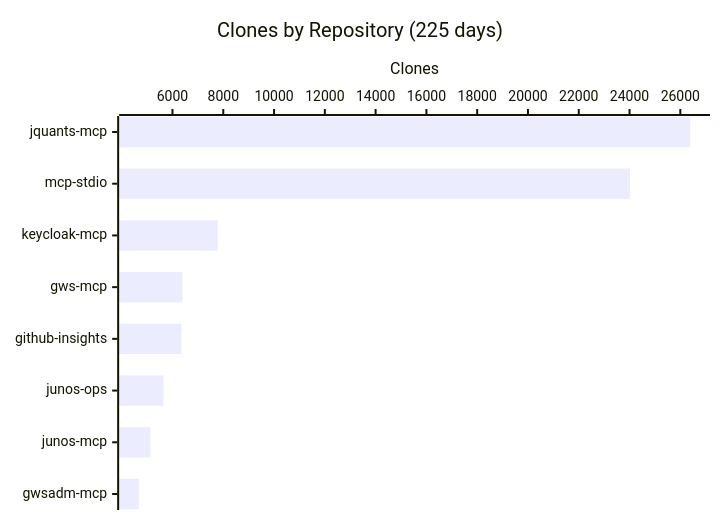
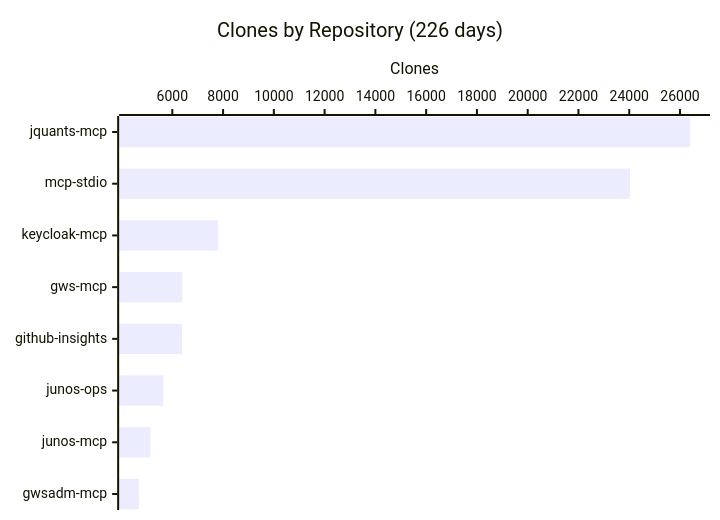
The fourth of 4 diagrams in README.md (shigechika/github-insights), drawn with Mermaid before and after one commit. The commit also changed other lines of this file and 1 other file, not shown here.

````diff
--- a/README.md
+++ b/README.md
@@ -58,7 +58,7 @@
 ```mermaid
 xychart-beta horizontal
-    title "Clones by Repository (225 days)"
+    title "Clones by Repository (226 days)"
     x-axis ["jquants-mcp", "mcp-stdio", "keycloak-mcp", "gws-mcp", "github-insights", "junos-ops", "junos-mcp", "gwsadm-mcp"]
     y-axis "Clones"
-    bar [26392, 24020, 7780, 6392, 6350, 5646, 5131, 4677]
+    bar [26404, 24029, 7807, 6396, 6379, 5650, 5138, 4684]
 ```
````
